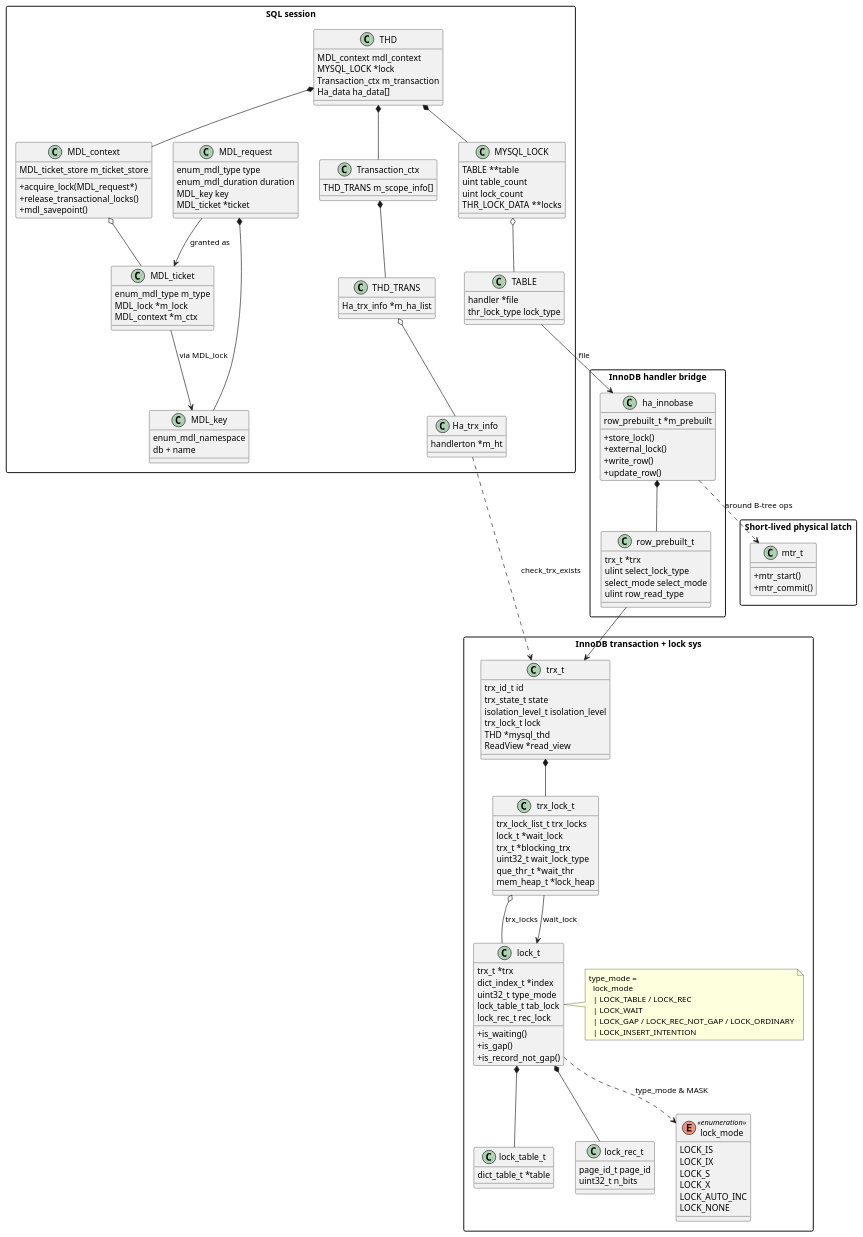
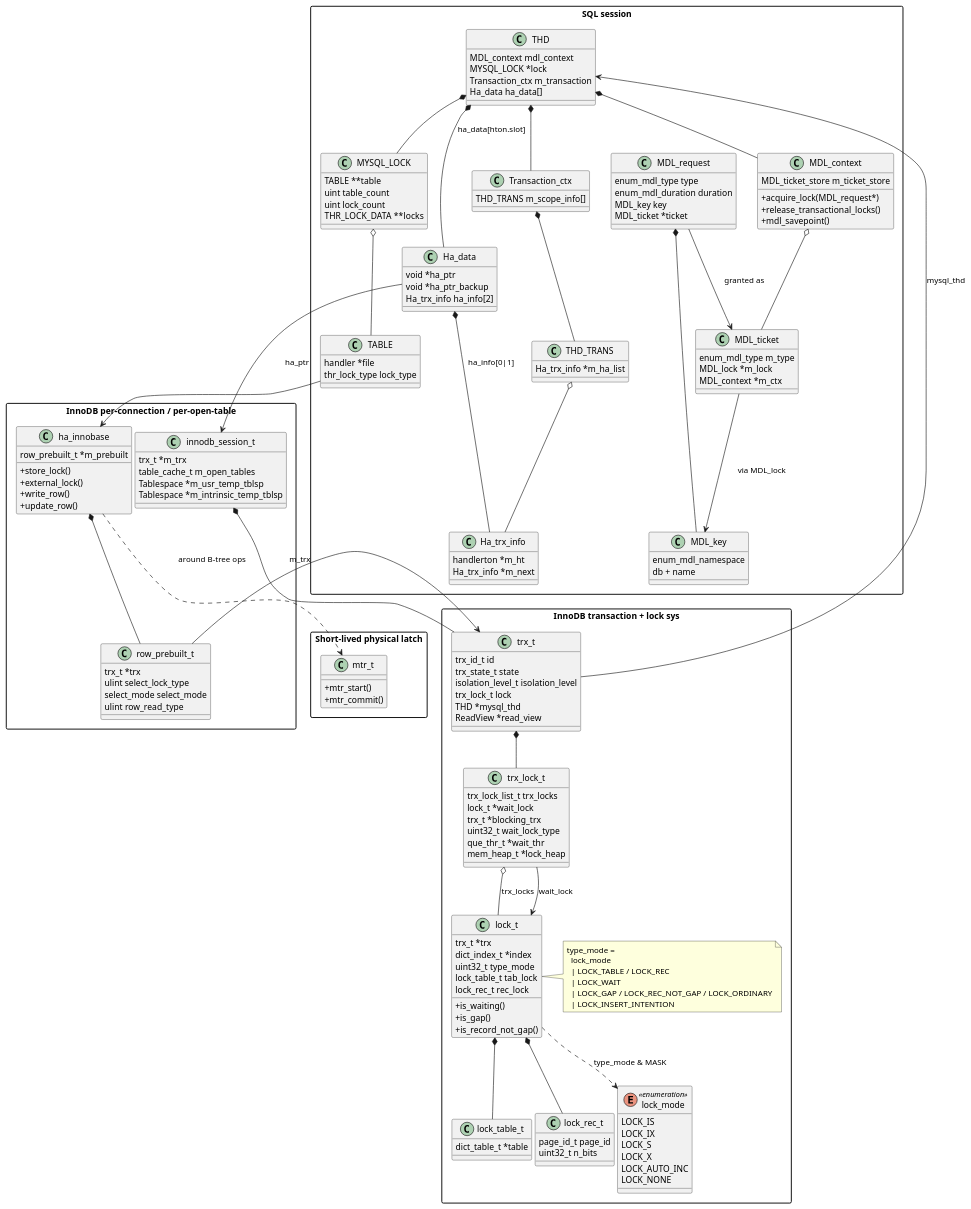
One commit to kevinwang930/kevinwang930.github.io changed the fourth of 6 diagrams in content/post/data/db/mysql/dml/index.md. Above: the diagram before and after it, drawn with PlantUML. The commit also changed other lines of this file and 1 other file, not shown here.

Commit message:
mysql lock

```diff
--- a/content/post/data/db/mysql/dml/index.md
+++ b/content/post/data/db/mysql/dml/index.md
@@ -224,6 +224,12 @@
     MYSQL_LOCK *lock
     Transaction_ctx m_transaction
     Ha_data ha_data[]
+  }
+
+  class Ha_data {
+    void *ha_ptr
+    void *ha_ptr_backup
+    Ha_trx_info ha_info[2]
   }
 
   class MDL_context {
@@ -273,10 +279,18 @@
 
   class Ha_trx_info {
     handlerton *m_ht
+    Ha_trx_info *m_next
   }
 }
 
-package "InnoDB handler bridge" {
+package "InnoDB per-connection / per-open-table" {
+  class innodb_session_t {
+    trx_t *m_trx
+    table_cache_t m_open_tables
+    Tablespace *m_usr_temp_tblsp
+    Tablespace *m_intrinsic_temp_tblsp
+  }
+
   class ha_innobase {
     row_prebuilt_t *m_prebuilt
     + store_lock()
@@ -330,7 +344,6 @@
   class lock_rec_t {
     page_id_t page_id
     uint32_t n_bits
-    ' bitmap follows lock_t in memory
   }
 
   enum lock_mode <<enumeration>> {
@@ -354,7 +367,6 @@
 
 package "Short-lived physical latch" {
   class mtr_t {
-    ' mini-transaction
     + mtr_start()
     + mtr_commit()
   }
@@ -363,8 +375,12 @@
 THD *-- MDL_context
 THD *-- MYSQL_LOCK
 THD *-- Transaction_ctx
+THD *-- Ha_data : ha_data[hton.slot]
+Ha_data --> innodb_session_t : ha_ptr
+innodb_session_t *-- trx_t : m_trx
 Transaction_ctx *-- THD_TRANS
 THD_TRANS o-- Ha_trx_info
+Ha_data *-- Ha_trx_info : ha_info[0|1]
 MDL_context o-- MDL_ticket
 MDL_request --> MDL_ticket : granted as
 MDL_request *-- MDL_key
@@ -373,7 +389,7 @@
 TABLE --> ha_innobase : file
 ha_innobase *-- row_prebuilt_t
 row_prebuilt_t --> trx_t
-Ha_trx_info ..> trx_t : check_trx_exists
+trx_t --> THD : mysql_thd
 trx_t *-- trx_lock_t
 trx_lock_t o-- lock_t : trx_locks
 lock_t *-- lock_table_t
```
